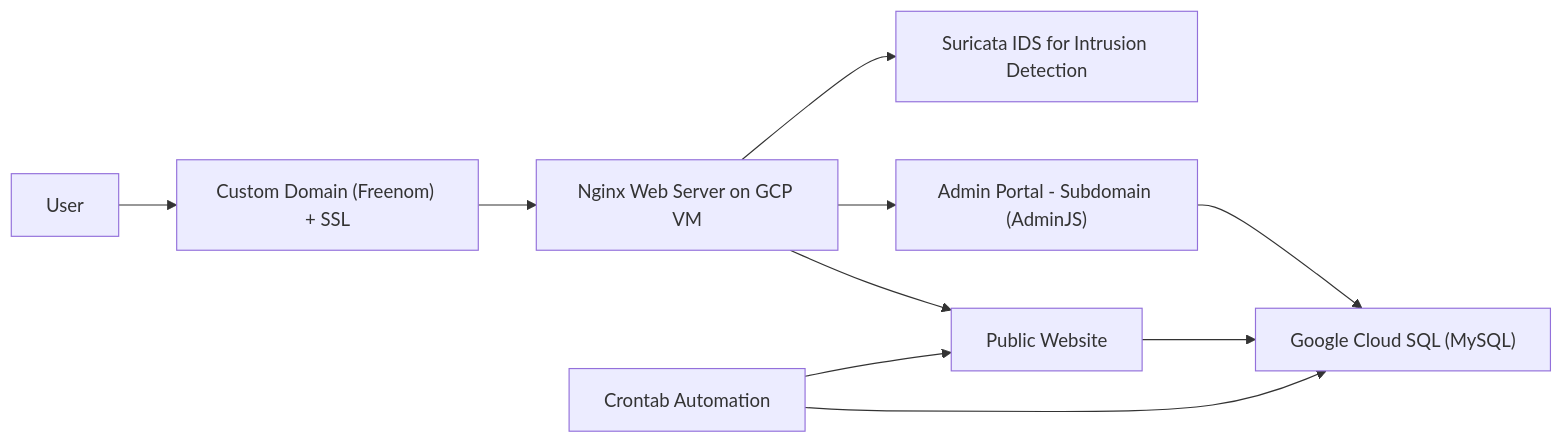
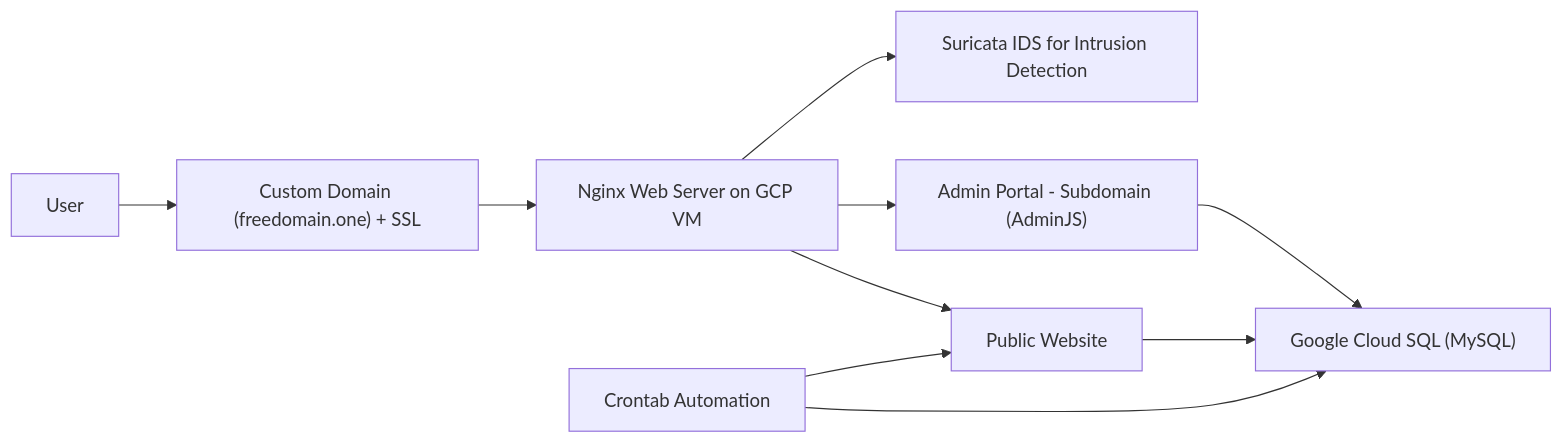
The diagram in README.md (AnhKhoaCS95/Website-deployment-on-Google-Cloud-Platform), drawn with Mermaid before and after one commit.

````diff
--- a/README.md
+++ b/README.md
@@ -75,12 +75,12 @@
 ```mermaid
 flowchart LR
-    A[User] --> B["Custom Domain (Freenom) + SSL"]
+    A[User] --> B["Custom Domain (freedomain.one) + SSL"]
     B --> C["Nginx Web Server on GCP VM"]
     C --> D["Public Website"]
     C --> I["Admin Portal - Subdomain (AdminJS)"]
     D --> E["Google Cloud SQL (MySQL)"]
     I --> E
     C --> F["Suricata IDS for Intrusion Detection"]
     G["Crontab Automation"] --> E
     G --> D
 ```
````
